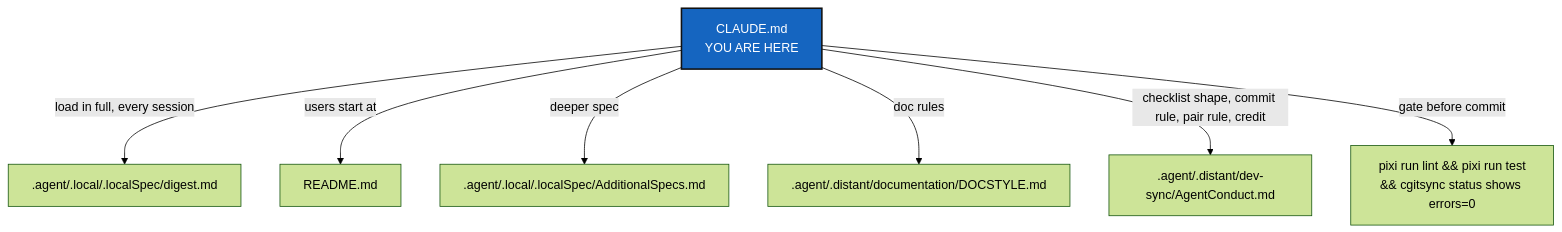
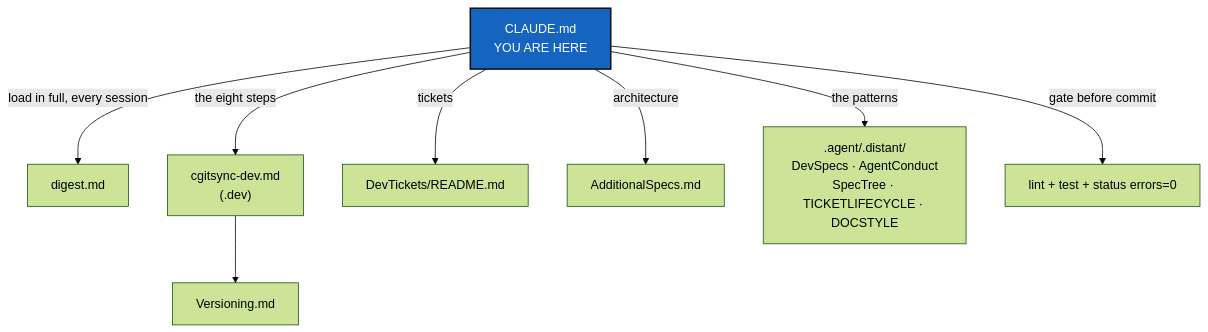
Before and after one commit to flipoyo/.claude: the diagram in CLAUDE.md, drawn with Mermaid (forest theme). The commit also changed other lines of this file and 2 other files, not shown here.

````diff
--- a/CLAUDE.md
+++ b/CLAUDE.md
@@ -41,12 +35,13 @@
 ```mermaid
 graph TD
-    CLAUDE["CLAUDE.md<br/>YOU ARE HERE"] -->|"load in full, every session"| DIGEST[".agent/.local/.localSpec/digest.md"]
-    CLAUDE -->|users start at| README["README.md"]
-    CLAUDE -->|deeper spec| SPEC[".agent/.local/.localSpec/AdditionalSpecs.md"]
-    CLAUDE -->|doc rules| STYLE[".agent/.distant/documentation/DOCSTYLE.md"]
-    CLAUDE -->|checklist shape, commit rule, pair rule, credit| CONDUCT[".agent/.distant/dev-sync/AgentConduct.md"]
-    CLAUDE -->|gate before commit| CI["pixi run lint && pixi run test<br/>&& cgitsync status shows errors=0"]
+    CLAUDE["CLAUDE.md<br/>YOU ARE HERE"] -->|"load in full, every session"| DIGEST["digest.md"]
+    CLAUDE -->|"the eight steps"| DEV["cgitsync-dev.md<br/>(.dev)"]
+    DEV --> VER["Versioning.md"]
+    CLAUDE -->|"tickets"| TK["DevTickets/README.md"]
+    CLAUDE -->|"architecture"| SPEC["AdditionalSpecs.md"]
+    CLAUDE -->|"the patterns"| DIST[".agent/.distant/<br/>DevSpecs · AgentConduct<br/>SpecTree · TICKETLIFECYCLE · DOCSTYLE"]
+    CLAUDE -->|"gate before commit"| CI["lint + test + status errors=0"]
 
     classDef here fill:#1565C0,color:#fff,stroke:#111,stroke-width:2px;
     class CLAUDE here;
 ```
````
